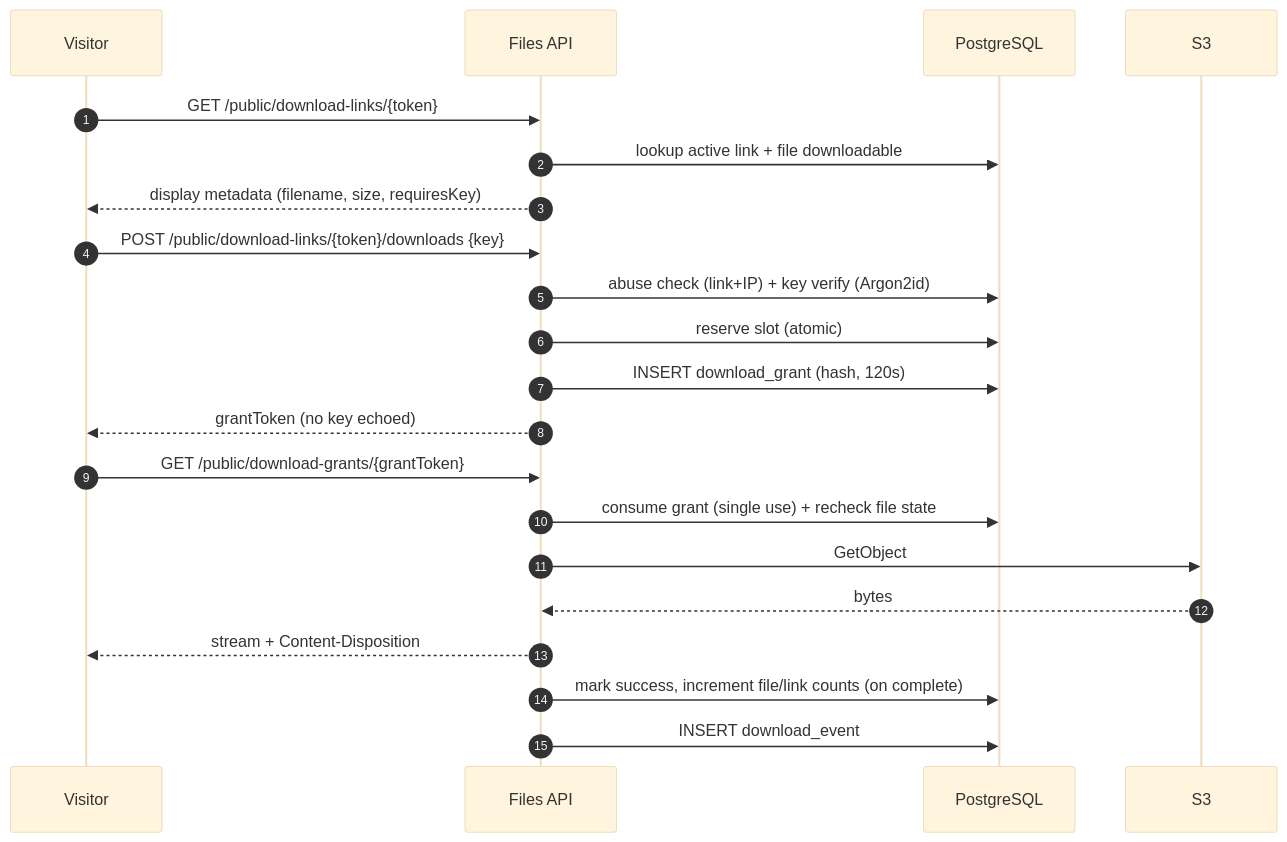
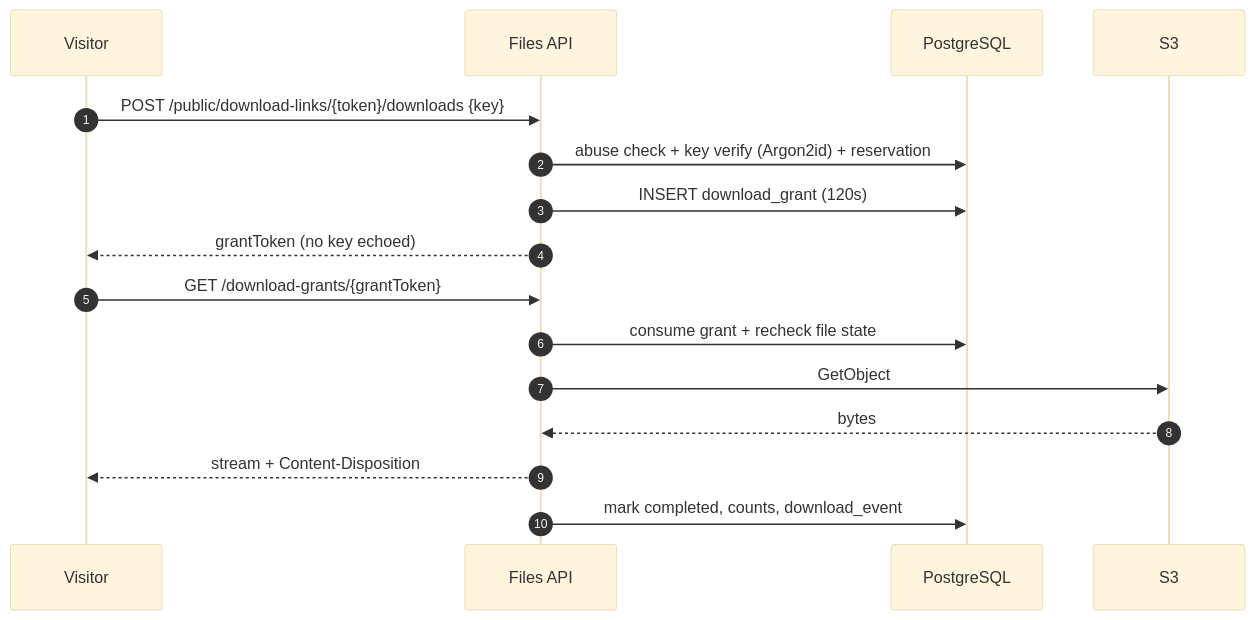
Before and after one commit to solucionesjj/files: the fifth of 6 diagrams in docs/02-architecture/architecture.md, drawn with Mermaid (base theme). The commit also changed other lines of this file and 84 other files, not shown here.

First line of the commit message:
refactor: single EC2 + exclusive S3 architecture

````diff
--- a/docs/02-architecture/architecture.md
+++ b/docs/02-architecture/architecture.md
@@ -239,24 +246,19 @@
 ```mermaid
 sequenceDiagram
   autonumber
   participant V as Visitor
   participant A as Files API
   participant D as PostgreSQL
   participant S as S3
 
-  V->>A: GET /public/download-links/{token}
-  A->>D: lookup active link + file downloadable
-  A-->>V: display metadata (filename, size, requiresKey)
   V->>A: POST /public/download-links/{token}/downloads {key}
-  A->>D: abuse check (link+IP) + key verify (Argon2id)
-  A->>D: reserve slot (atomic)
-  A->>D: INSERT download_grant (hash, 120s)
+  A->>D: abuse check + key verify (Argon2id) + reservation
+  A->>D: INSERT download_grant (120s)
   A-->>V: grantToken (no key echoed)
-  V->>A: GET /public/download-grants/{grantToken}
-  A->>D: consume grant (single use) + recheck file state
+  V->>A: GET /download-grants/{grantToken}
+  A->>D: consume grant + recheck file state
   A->>S: GetObject
   S-->>A: bytes
   A-->>V: stream + Content-Disposition
-  A->>D: mark success, increment file/link counts (on complete)
-  A->>D: INSERT download_event
+  A->>D: mark completed, counts, download_event
 ```
````
